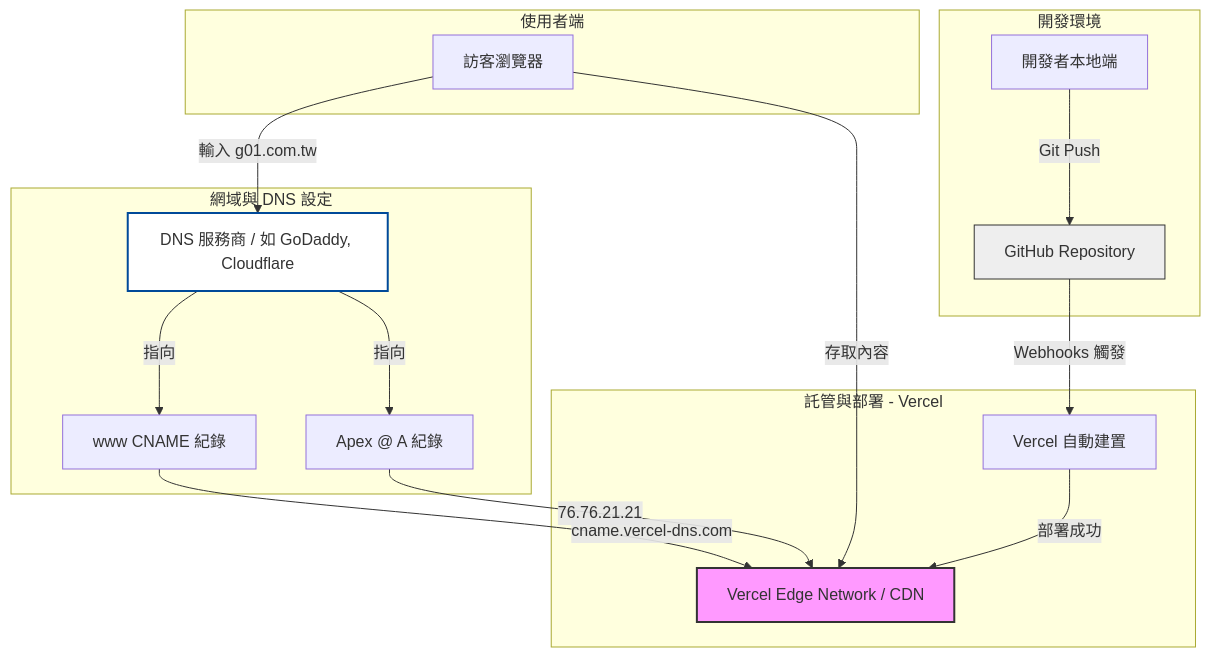
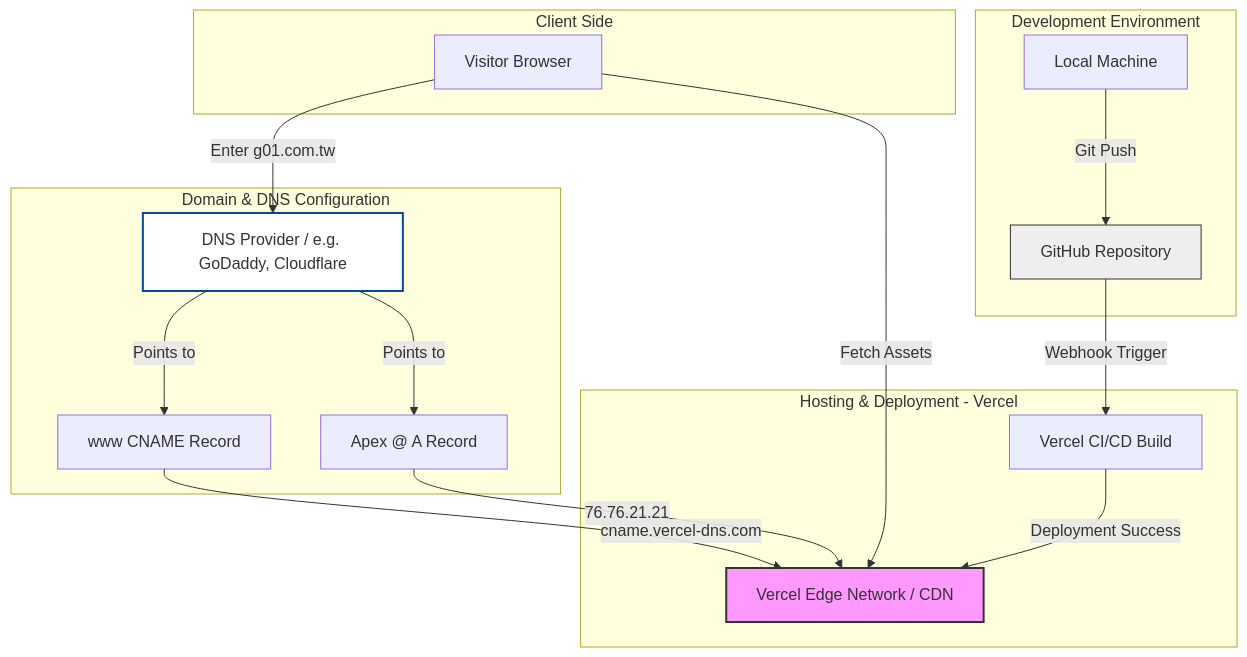
One commit to pppppppphoebe/g01_website changed the first of 2 diagrams in diagram.md. Above: the diagram before and after it, drawn with Mermaid. The commit also changed other lines of this file, not shown here.

Commit message:
Update english diagram.md

````diff
--- a/diagram.md
+++ b/diagram.md
@@ -8,31 +8,31 @@
 ```mermaid
 graph TD
-    subgraph Development [開發環境]
-        Dev[開發者本地端] -->|Git Push| GH[GitHub Repository]
+    subgraph Development_Env [Development Environment]
+        Dev[Local Machine] -->|Git Push| GH[GitHub Repository]
     end
 
-    subgraph CI_CD_Hosting [託管與部署 - Vercel]
-        GH -->|Webhooks 觸發| V_Build[Vercel 自動建置]
-        V_Build -->|部署成功| V_Edge[Vercel Edge Network / CDN]
+    subgraph CI_CD_Hosting [Hosting & Deployment - Vercel]
+        GH -->|Webhook Trigger| V_Build[Vercel CI/CD Build]
+        V_Build -->|Deployment Success| V_Edge[Vercel Edge Network / CDN]
     end
 
-    subgraph Domain_Layer [網域與 DNS 設定]
-        DNS[DNS 服務商 / 如 GoDaddy, Cloudflare]
-        CNAME[www CNAME 紀錄]
-        A_Record[Apex @ A 紀錄]
+    subgraph Domain_Layer [Domain & DNS Configuration]
+        DNS[DNS Provider / e.g. GoDaddy, Cloudflare]
+        CNAME[www CNAME Record]
+        A_Record[Apex @ A Record]
         
-        DNS -->|指向| CNAME
-        DNS -->|指向| A_Record
+        DNS -->|Points to| CNAME
+        DNS -->|Points to| A_Record
         CNAME -->|cname.vercel-dns.com| V_Edge
         A_Record -->|76.76.21.21| V_Edge
     end
 
-    subgraph Client_Access [使用者端]
-        User[訪客瀏覽器] -->|輸入 g01.com.tw| DNS
-        User -->|存取內容| V_Edge
+    subgraph Client_Access [Client Side]
+        User[Visitor Browser] -->|Enter g01.com.tw| DNS
+        User -->|Fetch Assets| V_Edge
     end
 
     style V_Edge fill:#f9f,stroke:#333,stroke-width:2px
     style GH fill:#eee,stroke:#333
     style DNS fill:#fff,stroke:#004a99,stroke-width:2px
 ```
````
